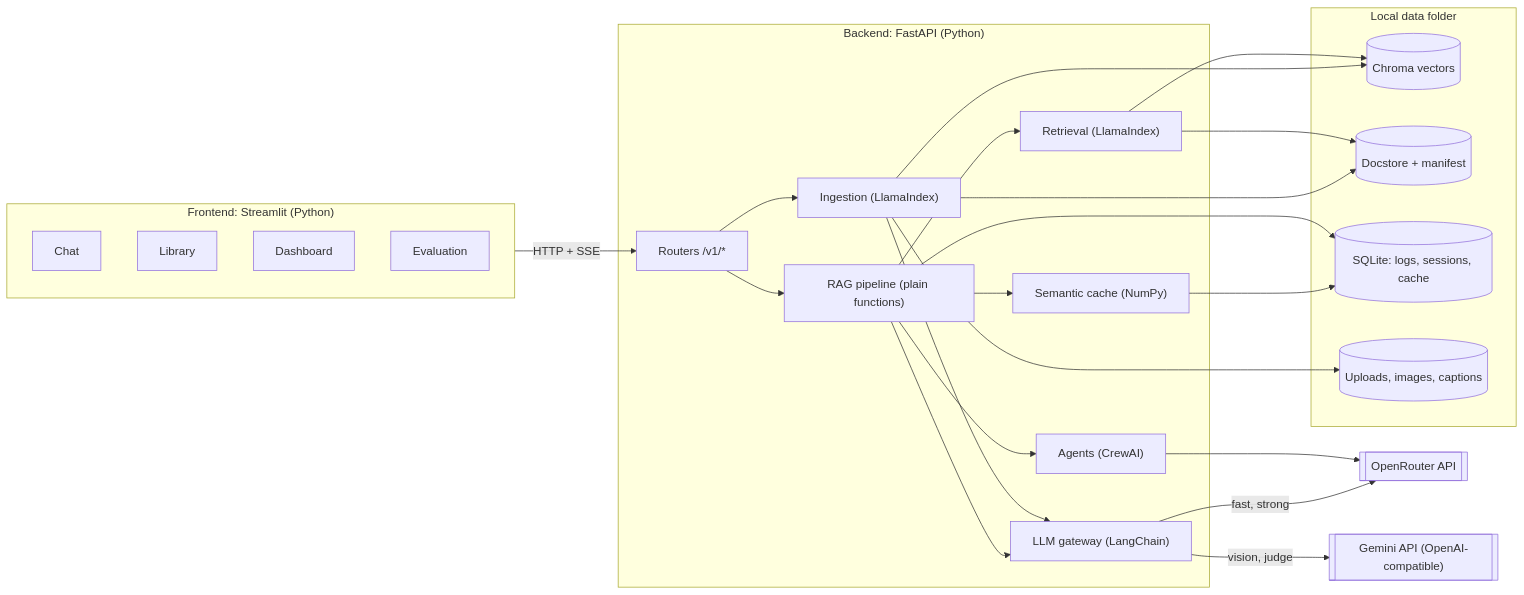
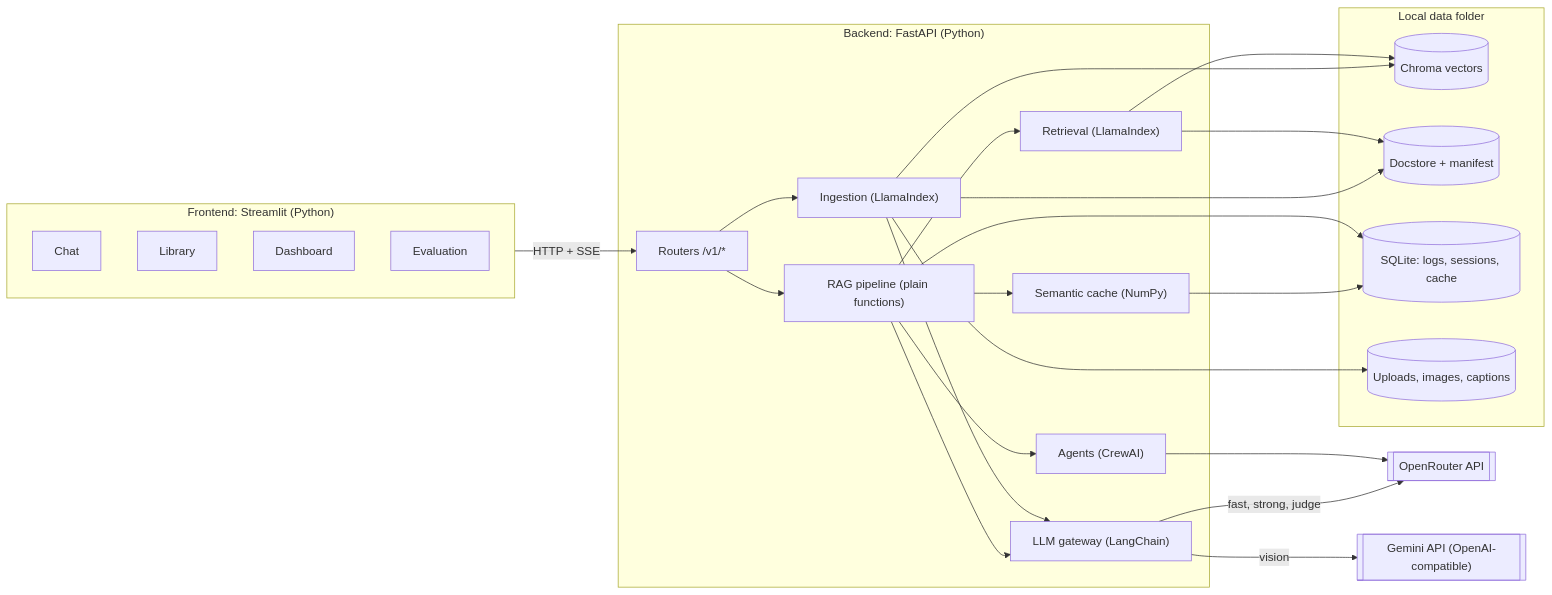
One commit to f243077-cell/Cited-RAG-Project changed the first of 4 diagrams in docs/ARCHITECTURE.md. Above: the diagram before and after it, drawn with Mermaid. The commit also changed other lines of this file and 6 other files, not shown here.

````diff
--- a/docs/ARCHITECTURE.md
+++ b/docs/ARCHITECTURE.md
@@ -76,44 +76,44 @@
 ```mermaid
 flowchart LR
   subgraph FE["Frontend: Streamlit (Python)"]
     UI1["Chat"]
     UI2["Library"]
     UI3["Dashboard"]
     UI4["Evaluation"]
   end
   subgraph BE["Backend: FastAPI (Python)"]
     RT["Routers /v1/*"]
     PL["RAG pipeline (plain functions)"]
     CA["Semantic cache (NumPy)"]
     GW["LLM gateway (LangChain)"]
     IN["Ingestion (LlamaIndex)"]
     RE["Retrieval (LlamaIndex)"]
     AG["Agents (CrewAI)"]
   end
   subgraph DATA["Local data folder"]
     CH[("Chroma vectors")]
     DS[("Docstore + manifest")]
     SQ[("SQLite: logs, sessions, cache")]
     FS[("Uploads, images, captions")]
   end
   LLM[["OpenRouter API"]]
   GEM[["Gemini API (OpenAI-compatible)"]]
   FE -->|"HTTP + SSE"| RT
   RT --> PL
   RT --> IN
   PL --> CA
   PL --> RE
   PL --> GW
   PL --> AG
   IN --> GW
   IN --> CH
   IN --> DS
   RE --> CH
   RE --> DS
   CA --> SQ
   PL --> SQ
-  GW -->|"fast, strong"| LLM
-  GW -->|"vision, judge"| GEM
+  GW -->|"fast, strong, judge"| LLM
+  GW -->|"vision"| GEM
   AG --> LLM
   IN --> FS
 ```
````
